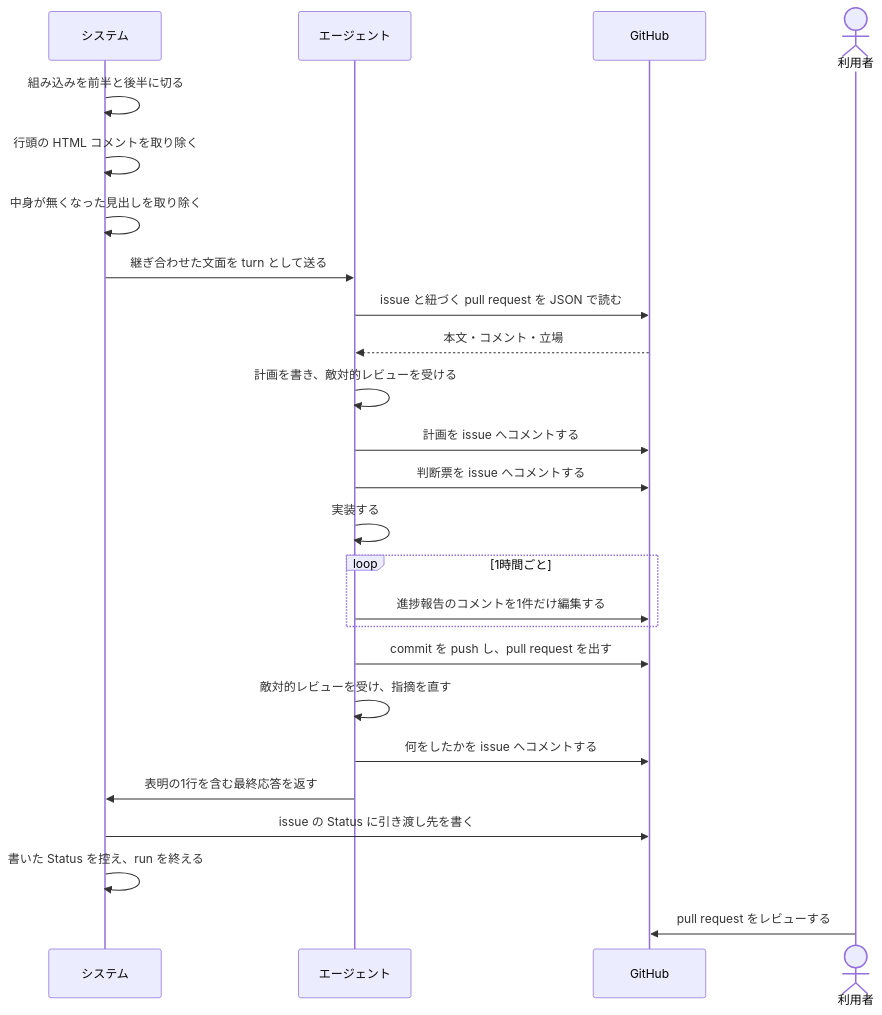
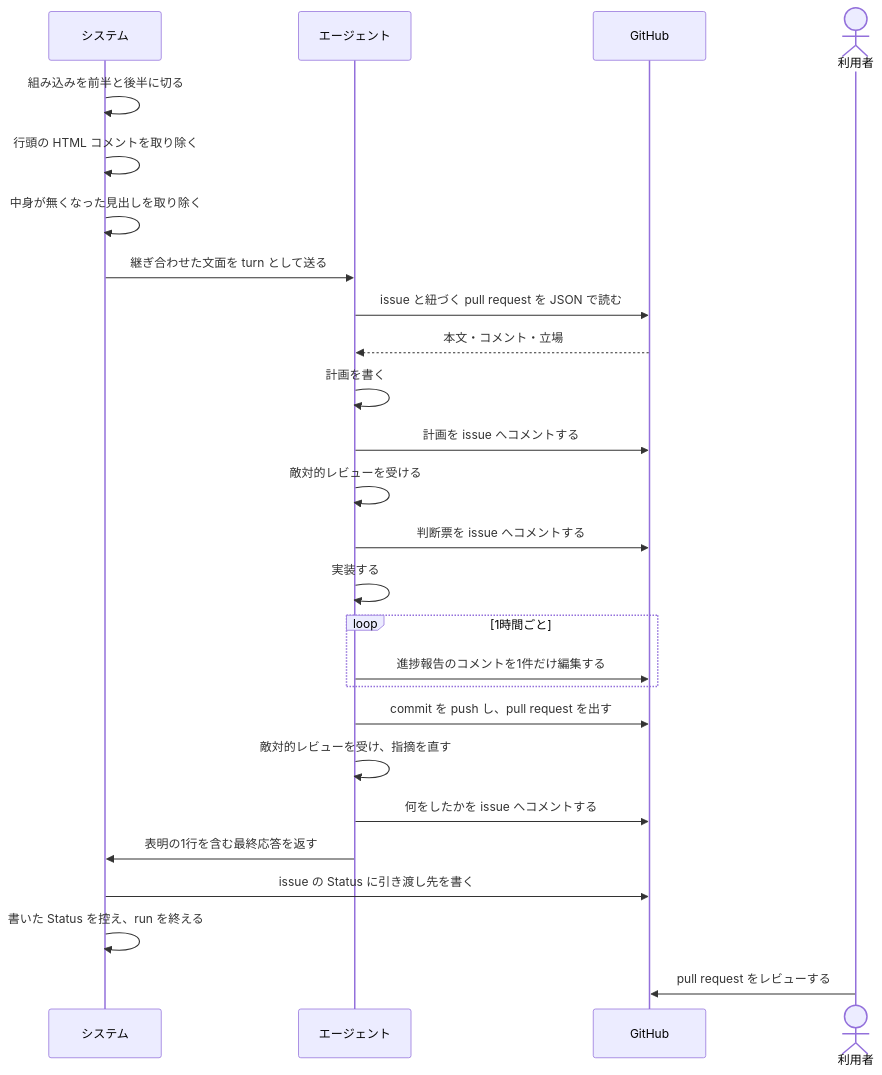
One commit to maimuzo/continuo changed the first of 2 diagrams in docs/spec/usecases/particular_case/指示書に沿って issue を1件仕上げる.rucm.md. Above: the diagram before and after it, drawn with Mermaid. The commit also changed other lines of this file and 9 other files, not shown here.

````diff
--- a/docs/spec/usecases/particular_case/指示書に沿って issue を1件仕上げる.rucm.md
+++ b/docs/spec/usecases/particular_case/指示書に沿って issue を1件仕上げる.rucm.md
@@ -127,28 +127,29 @@
 ```mermaid
 sequenceDiagram
     participant S as システム
     participant CC as エージェント
     participant GH as GitHub
     actor U as 利用者
 
     S->>S: 組み込みを前半と後半に切る
     S->>S: 行頭の HTML コメントを取り除く
     S->>S: 中身が無くなった見出しを取り除く
     S->>CC: 継ぎ合わせた文面を turn として送る
     CC->>GH: issue と紐づく pull request を JSON で読む
     GH-->>CC: 本文・コメント・立場
-    CC->>CC: 計画を書き、敵対的レビューを受ける
+    CC->>CC: 計画を書く
     CC->>GH: 計画を issue へコメントする
+    CC->>CC: 敵対的レビューを受ける
     CC->>GH: 判断票を issue へコメントする
     CC->>CC: 実装する
     loop 1時間ごと
         CC->>GH: 進捗報告のコメントを1件だけ編集する
     end
     CC->>GH: commit を push し、pull request を出す
     CC->>CC: 敵対的レビューを受け、指摘を直す
     CC->>GH: 何をしたかを issue へコメントする
     CC->>S: 表明の1行を含む最終応答を返す
     S->>GH: issue の Status に引き渡し先を書く
     S->>S: 書いた Status を控え、run を終える
     U->>GH: pull request をレビューする
 ```
````
